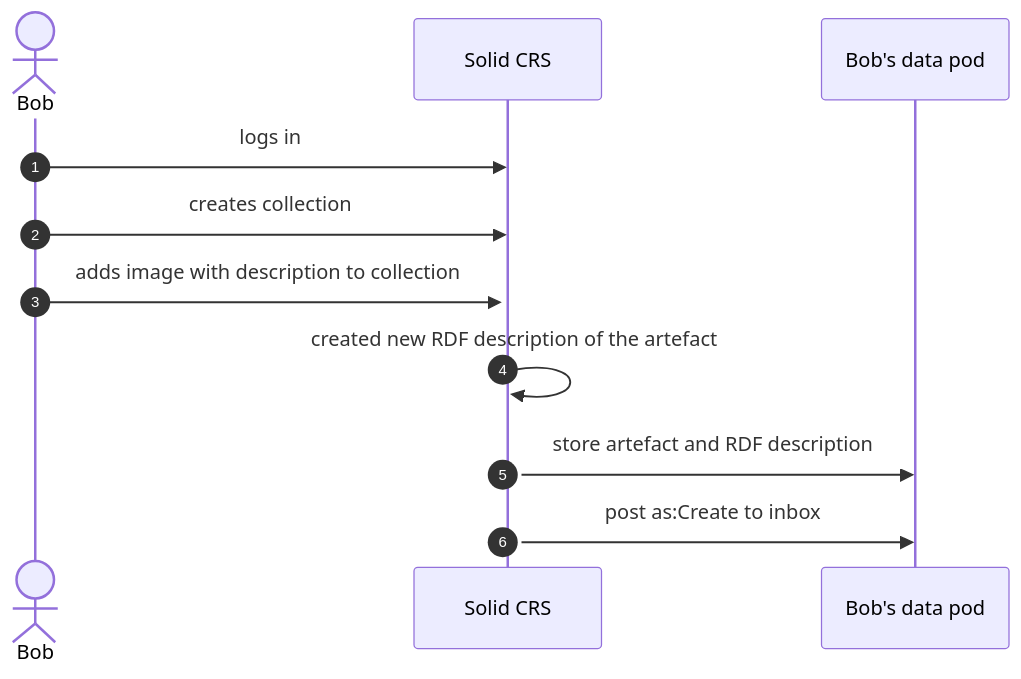
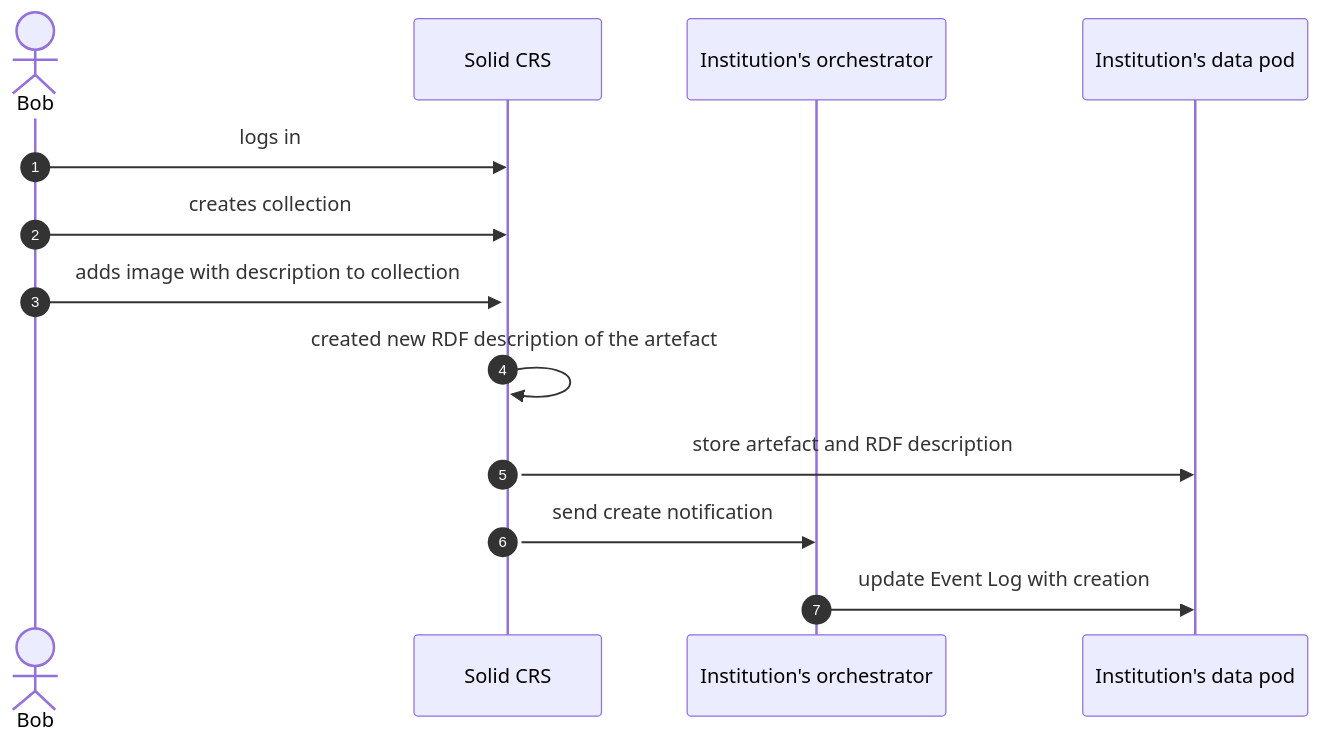
Before and after one commit to CRISalid-esr/spec-usecases: the diagram in diagrams/heritage/bob-creates-heritage-artefact.md, drawn with Mermaid. The commit also changed 5 other files, not shown here.

Commit message:
Updates diagrams with event log updates

````diff
--- a/diagrams/heritage/bob-creates-heritage-artefact.md
+++ b/diagrams/heritage/bob-creates-heritage-artefact.md
@@ -1,15 +1,17 @@
 ```mermaid
 sequenceDiagram
         actor Bob
         participant CRS as Solid CRS
-        participant BP as Bob's data pod
+        participant BO as Institution's orchestrator
+        participant BP as Institution's data pod
 
         autonumber
         Bob ->> CRS: logs in
         Bob ->> CRS: creates collection
         Bob ->>+ CRS: adds image with description to collection
         CRS ->> CRS: created new RDF description of the artefact
 
         CRS ->> BP: store artefact and RDF description
-        CRS ->> BP: post as:Create to inbox
+        CRS ->> BO: send create notification
+        BO ->> BP: update Event Log with creation
 ```
````
